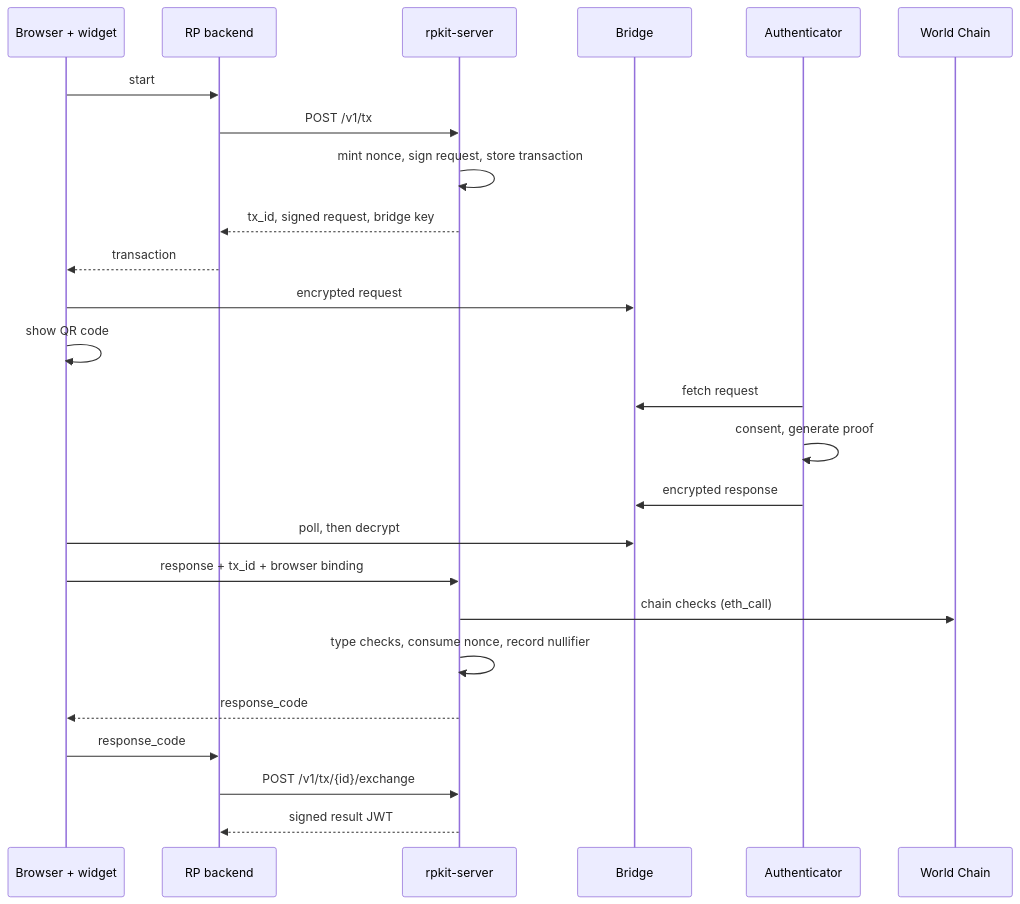
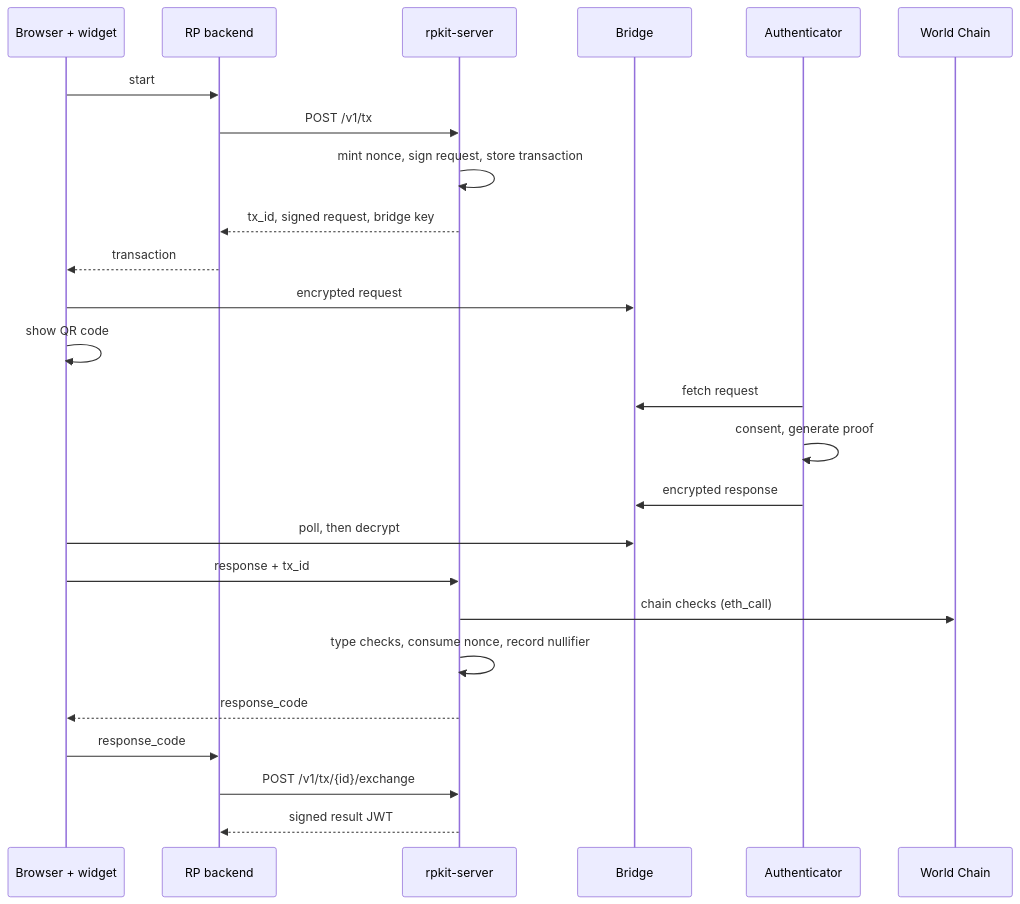
The second of 2 diagrams in docs/spec.md (worldcoin/rpkit), drawn with Mermaid before and after one commit. The commit also changed other lines of this file, not shown here.

````diff
--- a/docs/spec.md
+++ b/docs/spec.md
@@ -297,27 +315,27 @@
 ```mermaid
 sequenceDiagram
   participant U as Browser + widget
   participant B as RP backend
   participant S as rpkit-server
   participant BR as Bridge
   participant A as Authenticator
   participant C as World Chain
   U->>B: start
   B->>S: POST /v1/tx
   S->>S: mint nonce, sign request, store transaction
   S-->>B: tx_id, signed request, bridge key
   B-->>U: transaction
   U->>BR: encrypted request
   U->>U: show QR code
   A->>BR: fetch request
   A->>A: consent, generate proof
   A->>BR: encrypted response
   U->>BR: poll, then decrypt
-  U->>S: response + tx_id + browser binding
+  U->>S: response + tx_id
   S->>C: chain checks (eth_call)
   S->>S: type checks, consume nonce, record nullifier
   S-->>U: response_code
   U->>B: response_code
   B->>S: POST /v1/tx/{id}/exchange
   S-->>B: signed result JWT
 ```
````
